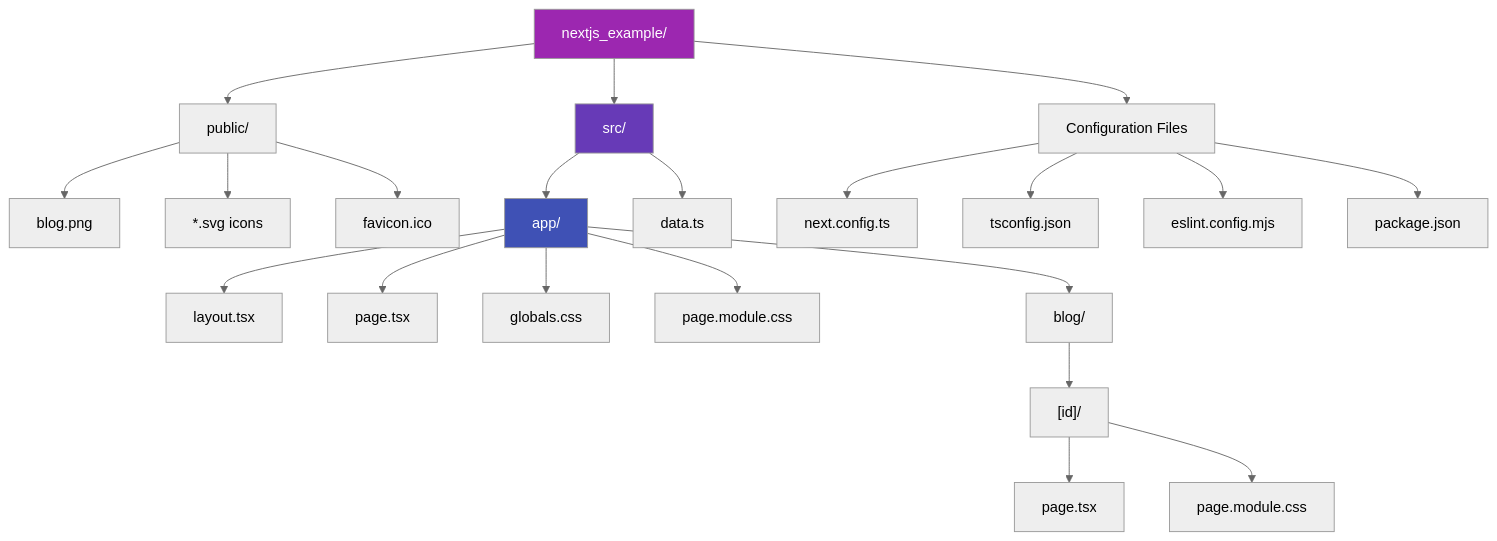
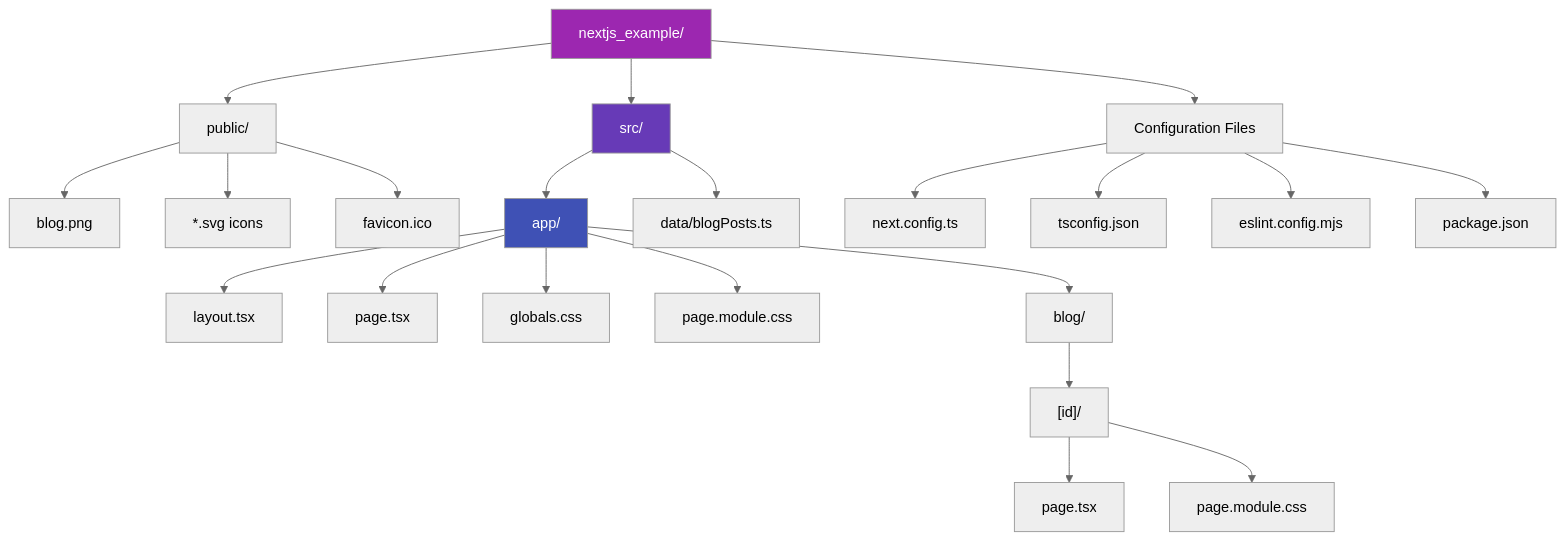
The ninth of 10 diagrams in docs/design/ARCHITECTURE.md (wl21st/nextjs_example), drawn with Mermaid (neutral theme) before and after one commit. The commit also changed other lines of this file, not shown here.

First line of the commit message:
docs: clean up architecture diagram formatting and update file references

````diff
--- a/docs/design/ARCHITECTURE.md
+++ b/docs/design/ARCHITECTURE.md
@@ -284,32 +284,32 @@
 ```mermaid
 graph TD
     A[nextjs_example/] --> B[public/]
     A --> C[src/]
     A --> D[Configuration Files]
     
     B --> E[blog.png]
     B --> F[*.svg icons]
     B --> G[favicon.ico]
-    
+
     C --> H[app/]
-    C --> I[data.ts]
-    
+    C --> I[data/blogPosts.ts]
+
     H --> J[layout.tsx]
     H --> K[page.tsx]
     H --> L[globals.css]
     H --> M[page.module.css]
     H --> N[blog/]
     
     N --> O["[id]/"]
     O --> P[page.tsx]
     O --> Q[page.module.css]
     
     D --> R[next.config.ts]
     D --> S[tsconfig.json]
     D --> T[eslint.config.mjs]
     D --> U[package.json]
     
     style A fill:#9C27B0,color:#fff
     style C fill:#673AB7,color:#fff
     style H fill:#3F51B5,color:#fff
 ```
````
